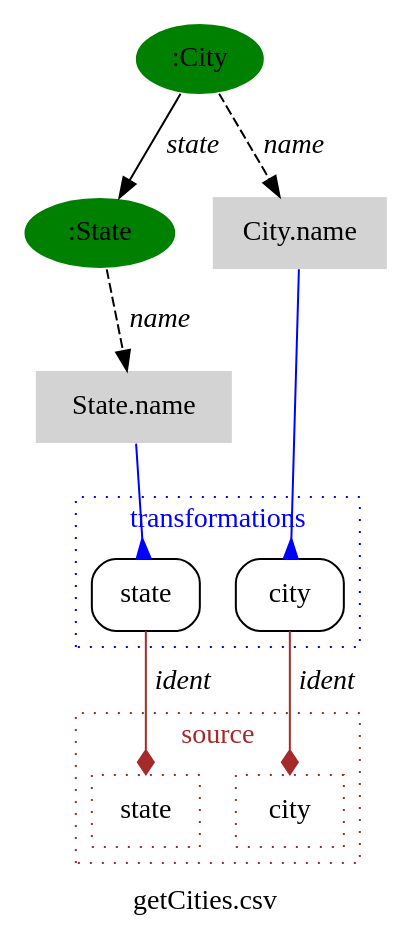
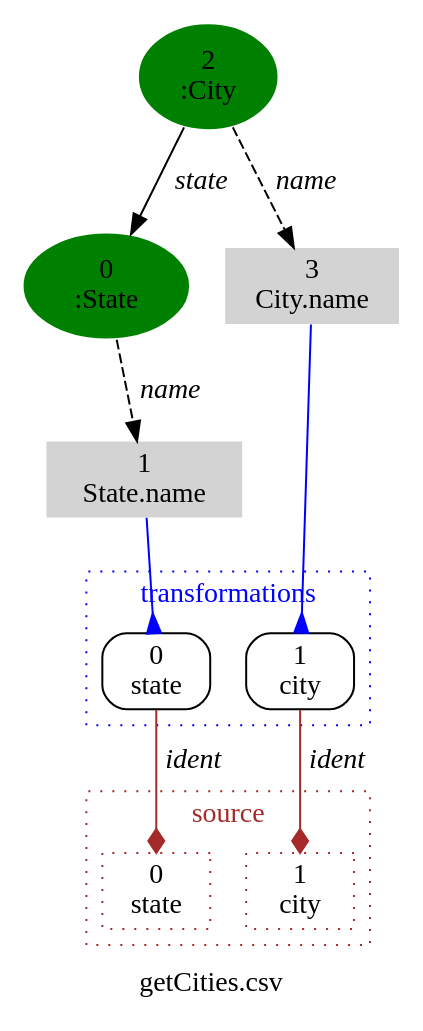
The diagram in data/ssd_graphviz/getCities.ssd.dot (NICTA/serene-python-client), drawn with Graphviz before and after one commit. The commit also changed 14 other files, not shown here.

```diff
--- a/data/ssd_graphviz/getCities.ssd.dot
+++ b/data/ssd_graphviz/getCities.ssd.dot
@@ -1,83 +1,91 @@
 digraph  {
 	graph [fontname="times:bold",
 		label="getCities.csv",
 		overlap=False,
 		remincross=true,
 		splines=true
 	];
 	node [label="\N"];
 	subgraph cluster1 {
 		graph [color=brown,
 			fontcolor=brown,
 			fontname=times,
 			label=source,
 			rank=same,
 			style=dotted
 		];
 		4		 [color=brown,
-			label=state,
+			label="0
+state",
 			shape=box,
 			style=dotted];
 		5		 [color=brown,
-			label=city,
+			label="1
+city",
 			shape=box,
 			style=dotted];
 	}
 	subgraph cluster2 {
 		graph [color=blue,
 			fontcolor=blue,
 			fontname=times,
 			label=transformations,
 			rank=same,
 			style=dotted
 		];
-		6		 [label=state,
+		6		 [label="0
+state",
 			shape=box,
 			style=rounded];
-		7		 [label=city,
+		7		 [label="1
+city",
 			shape=box,
 			style=rounded];
 	}
 	0	 [color=white,
 		fillcolor=green,
-		label=":State",
+		label="0
+:State",
 		shape=ellipse,
 		style=filled];
 	1	 [color=white,
 		fillcolor=lightgrey,
-		label="State.name",
+		label="1
+State.name",
 		shape=plaintext,
 		style=filled];
 	0 -> 1	 [fontname="times-italic",
 		label=name,
 		style=dashed];
 	1 -> 6	 [arrowhead=inv,
 		arrowtail=inv,
 		color=blue];
 	2	 [color=white,
 		fillcolor=green,
-		label=":City",
+		label="2
+:City",
 		shape=ellipse,
 		style=filled];
 	2 -> 0	 [fontname="times-italic",
 		label=state];
 	3	 [color=white,
 		fillcolor=lightgrey,
-		label="City.name",
+		label="3
+City.name",
 		shape=plaintext,
 		style=filled];
 	2 -> 3	 [fontname="times-italic",
 		label=name,
 		style=dashed];
 	3 -> 7	 [arrowhead=inv,
 		arrowtail=inv,
 		color=blue];
 	6 -> 4	 [arrowhead=diamond,
 		color=brown,
 		fontname="times-italic",
 		label=ident];
 	7 -> 5	 [arrowhead=diamond,
 		color=brown,
 		fontname="times-italic",
 		label=ident];
 }
```
